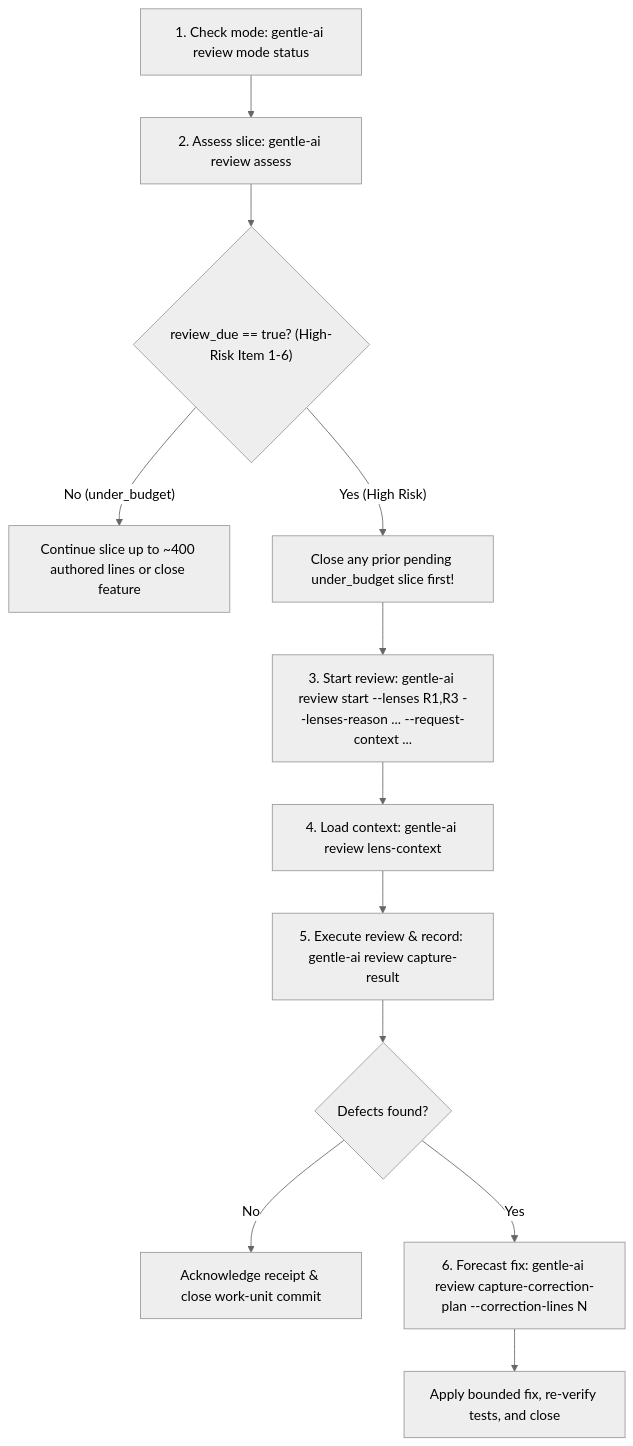
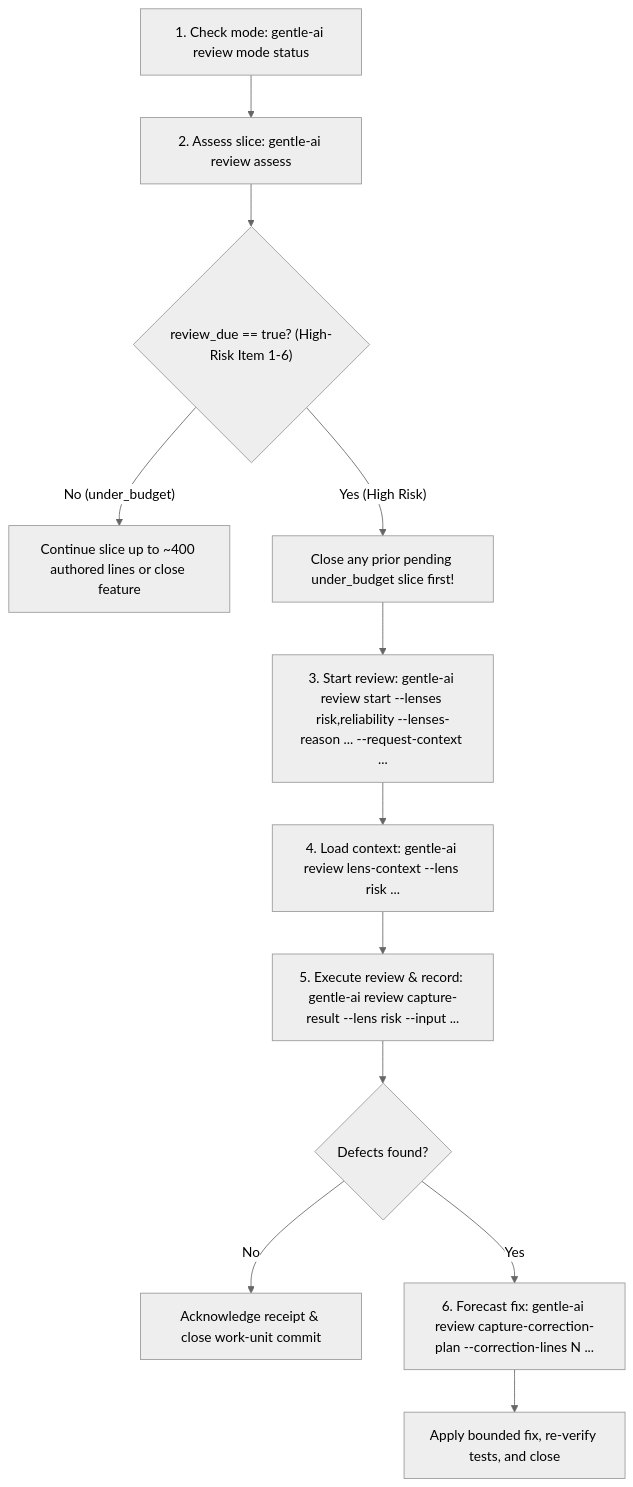
The diagram in 02-dev-roles/gentle-ai-review-4r/SKILL.md (NastaFour/skillsGV), drawn with Mermaid (neutral theme) before and after one commit. The commit also changed other lines of this file and 25 other files, not shown here.

````diff
--- a/02-dev-roles/gentle-ai-review-4r/SKILL.md
+++ b/02-dev-roles/gentle-ai-review-4r/SKILL.md
@@ -45,14 +45,14 @@
 ```mermaid
 flowchart TD
   A["1. Check mode: gentle-ai review mode status"] --> B["2. Assess slice: gentle-ai review assess"]
   B --> C{"review_due == true? (High-Risk Item 1-6)"}
   C -- "No (under_budget)" --> D["Continue slice up to ~400 authored lines or close feature"]
   C -- "Yes (High Risk)" --> E["Close any prior pending under_budget slice first!"]
-  E --> F["3. Start review: gentle-ai review start --lenses R1,R3 --lenses-reason ... --request-context ..."]
-  F --> G["4. Load context: gentle-ai review lens-context"]
-  G --> H["5. Execute review & record: gentle-ai review capture-result"]
+  E --> F["3. Start review: gentle-ai review start --lenses risk,reliability --lenses-reason ... --request-context ..."]
+  F --> G["4. Load context: gentle-ai review lens-context --lens risk ..."]
+  G --> H["5. Execute review & record: gentle-ai review capture-result --lens risk --input ..."]
   H --> I{"Defects found?"}
   I -- No --> J["Acknowledge receipt & close work-unit commit"]
-  I -- Yes --> K["6. Forecast fix: gentle-ai review capture-correction-plan --correction-lines N"]
+  I -- Yes --> K["6. Forecast fix: gentle-ai review capture-correction-plan --correction-lines N ..."]
   K --> L["Apply bounded fix, re-verify tests, and close"]
 ```
````
